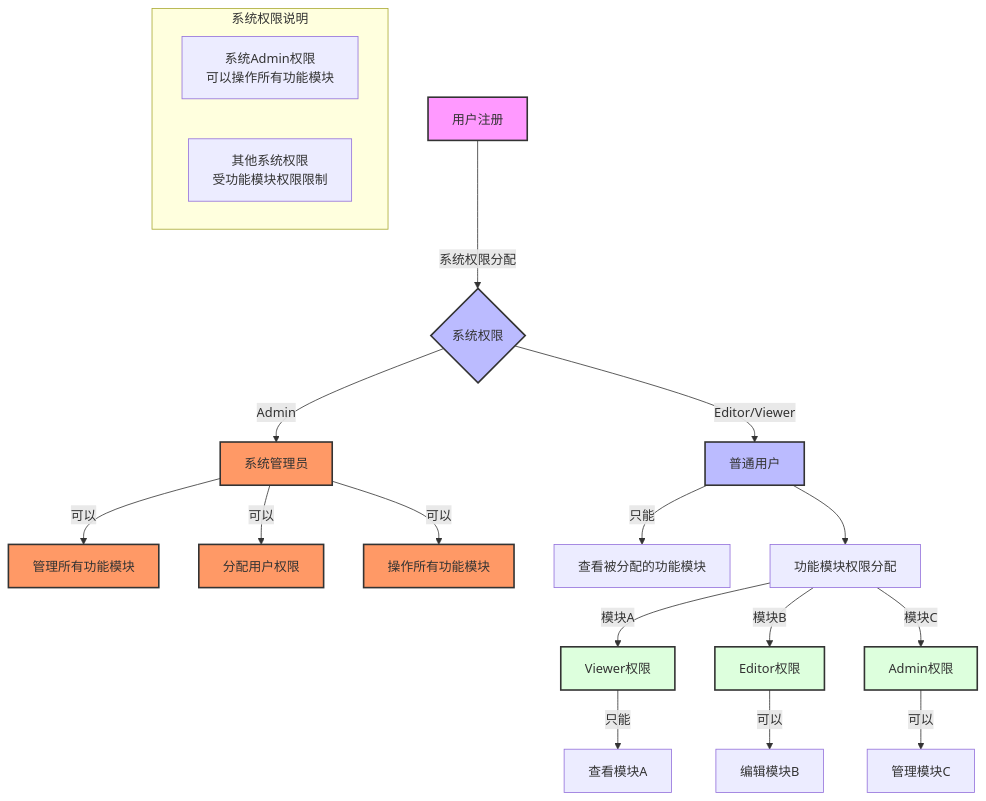
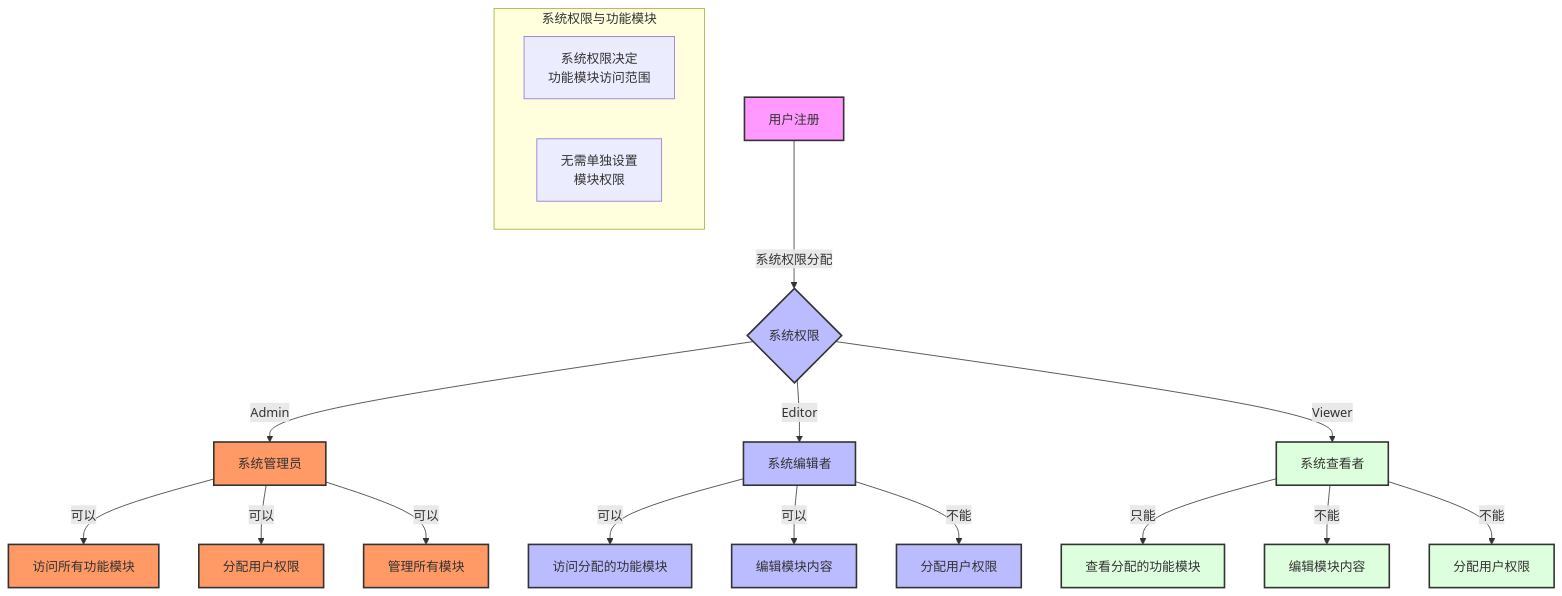
One commit to XcodeFish/CodeGeniusHub changed the second of 2 diagrams in docs/user-project-permission-flow.md. Above: the diagram before and after it, drawn with Mermaid. The commit also changed other lines of this file and 8 other files, not shown here.

Commit message:
fix: 根据梳理的系统权限以及项目权限对user模块以及project管理模块进行局部重构，AI对代码进行code view 优化了user schema索引 代码结构  DTO与响应处理 异常处理 权限检查

````diff
--- a/docs/user-project-permission-flow.md
+++ b/docs/user-project-permission-flow.md
@@ -135,44 +128,45 @@
 ```mermaid
 graph TD
     %% 用户权限部分
     A[用户注册] -->|系统权限分配| B{系统权限}
     B -->|Admin| C[系统管理员]
-    B -->|Editor/Viewer| D[普通用户]
+    B -->|Editor| D[系统编辑者]
+    B -->|Viewer| E[系统查看者]
 
     %% 系统管理员权限
-    C -->|可以| C1[管理所有功能模块]
+    C -->|可以| C1[访问所有功能模块]
     C -->|可以| C2[分配用户权限]
-    C -->|可以| C3[操作所有功能模块]
+    C -->|可以| C3[管理所有模块]
 
-    %% 普通用户权限
-    D -->|只能| D1[查看被分配的功能模块]
-    D --> E[功能模块权限分配]
+    %% 系统编辑者权限
+    D -->|可以| D1[访问分配的功能模块]
+    D -->|可以| D2[编辑模块内容]
+    D -->|不能| D3[分配用户权限]
 
-    %% 功能模块权限说明
-    E -->|模块A| F[Viewer权限]
-    E -->|模块B| G[Editor权限]
-    E -->|模块C| H[Admin权限]
-
-    %% 功能模块权限具体操作
-    F -->|只能| F1[查看模块A]
-    G -->|可以| G1[编辑模块B]
-    H -->|可以| H1[管理模块C]
+    %% 系统查看者权限
+    E -->|只能| E1[查看分配的功能模块]
+    E -->|不能| E2[编辑模块内容]
+    E -->|不能| E3[分配用户权限]
 
     %% 样式设置
     style A fill:#f9f,stroke:#333,stroke-width:2px
     style B fill:#bbf,stroke:#333,stroke-width:2px
     style C fill:#f96,stroke:#333,stroke-width:2px
     style D fill:#bbf,stroke:#333,stroke-width:2px
+    style E fill:#dfd,stroke:#333,stroke-width:2px
     style C1 fill:#f96,stroke:#333,stroke-width:2px
     style C2 fill:#f96,stroke:#333,stroke-width:2px
     style C3 fill:#f96,stroke:#333,stroke-width:2px
-    style F fill:#dfd,stroke:#333,stroke-width:2px
-    style G fill:#dfd,stroke:#333,stroke-width:2px
-    style H fill:#dfd,stroke:#333,stroke-width:2px
+    style D1 fill:#bbf,stroke:#333,stroke-width:2px
+    style D2 fill:#bbf,stroke:#333,stroke-width:2px
+    style D3 fill:#bbf,stroke:#333,stroke-width:2px
+    style E1 fill:#dfd,stroke:#333,stroke-width:2px
+    style E2 fill:#dfd,stroke:#333,stroke-width:2px
+    style E3 fill:#dfd,stroke:#333,stroke-width:2px
 
     %% 权限说明
-    subgraph 系统权限说明
-        S1[系统Admin权限<br/>可以操作所有功能模块]
-        S2[其他系统权限<br/>受功能模块权限限制]
+    subgraph 系统权限与功能模块
+        M1[系统权限决定<br/>功能模块访问范围]
+        M2[无需单独设置<br/>模块权限]
     end
 ```
````
